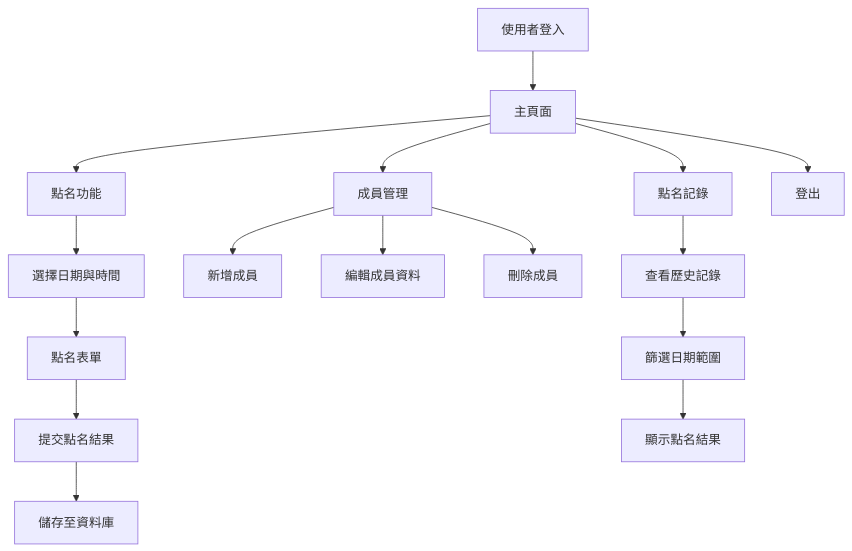
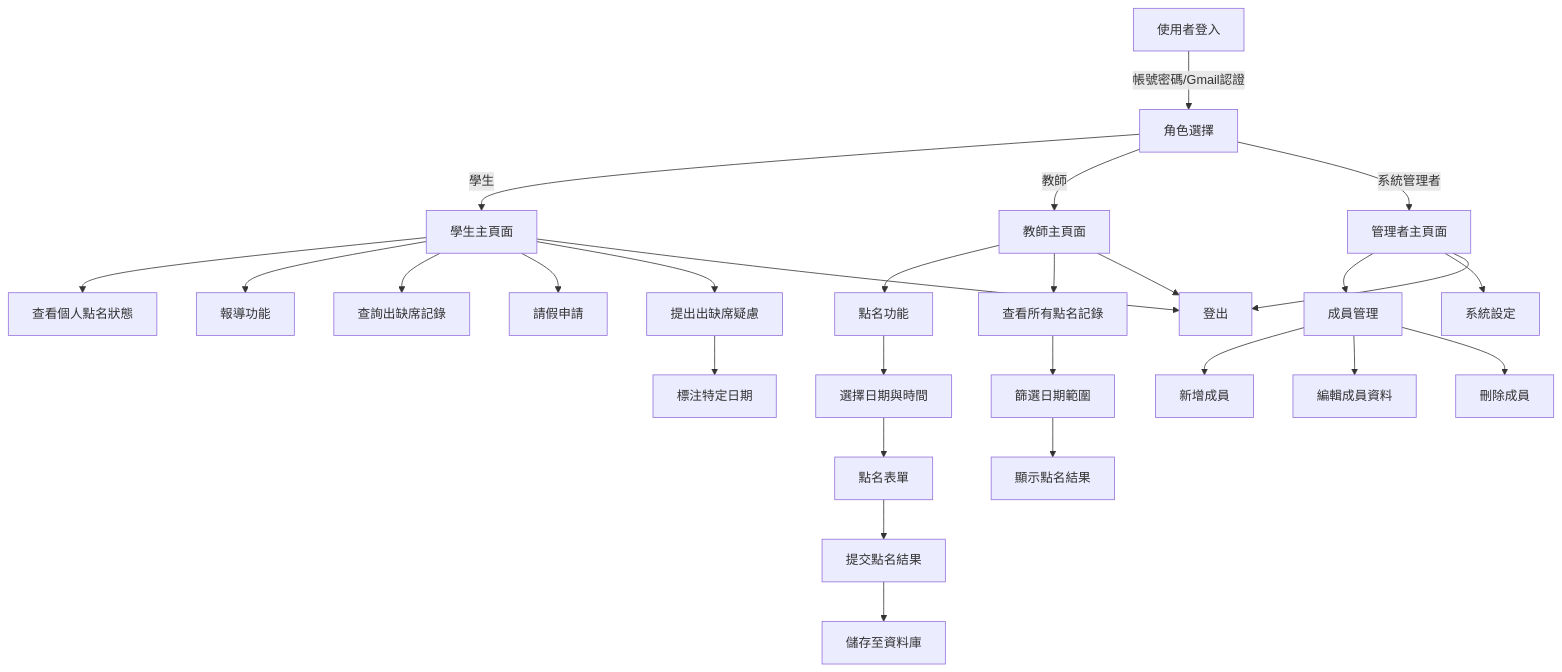
The diagram in README.md (XingCEO/RollCallSys), drawn with Mermaid before and after one commit. The commit also changed other lines of this file and 1 other file, not shown here.

Commit message:
Updated README and added src/utils directory

````diff
--- a/README.md
+++ b/README.md
@@ -9,18 +9,29 @@
 ```mermaid
 graph TD
-    A[使用者登入] --> B[主頁面]
-    B --> C[點名功能]
-    B --> D[成員管理]
-    B --> E[點名記錄]
-    C --> F[選擇日期與時間]
-    F --> G[點名表單]
-    G --> H[提交點名結果]
-    H --> I[儲存至資料庫]
-    D --> J[新增成員]
-    D --> K[編輯成員資料]
-    D --> L[刪除成員]
-    E --> M[查看歷史記錄]
-    M --> N[篩選日期範圍]
-    N --> O[顯示點名結果]
-    B --> P[登出]
+    A[使用者登入] -->|帳號密碼/Gmail認證| B[角色選擇]
+    B -->|學生| C[學生主頁面]
+    B -->|教師| D[教師主頁面]
+    B -->|系統管理者| E[管理者主頁面]
+    C --> F[查看個人點名狀態]
+    C --> U[報導功能]
+    C --> V[查詢出缺席記錄]
+    C --> W[請假申請]
+    C --> X[提出出缺席疑慮]
+    X --> Y[標注特定日期]
+    D --> G[點名功能]
+    D --> H[查看所有點名記錄]
+    E --> I[成員管理]
+    E --> J[系統設定]
+    G --> K[選擇日期與時間]
+    K --> L[點名表單]
+    L --> M[提交點名結果]
+    M --> N[儲存至資料庫]
+    I --> O[新增成員]
+    I --> P[編輯成員資料]
+    I --> Q[刪除成員]
+    H --> R[篩選日期範圍]
+    R --> S[顯示點名結果]
+    C --> T[登出]
+    D --> T
+    E --> T
 ```
````
